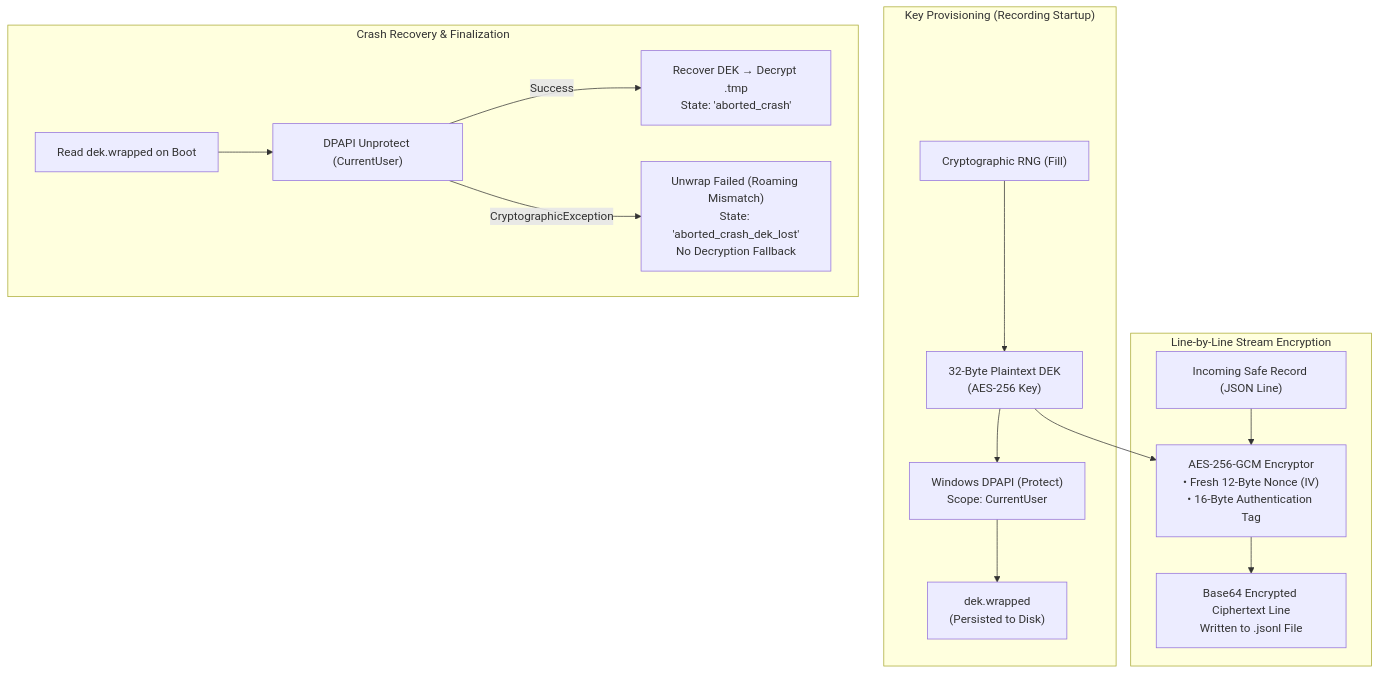
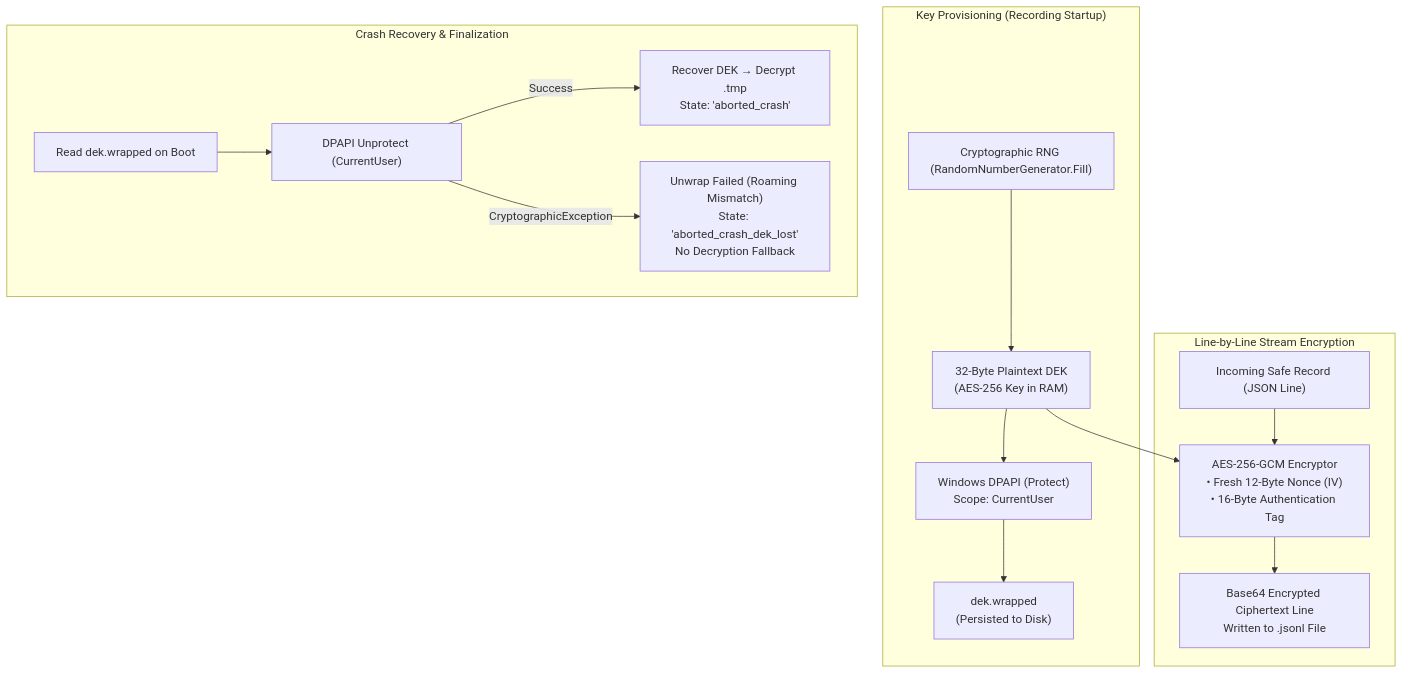
The diagram in docs/core-features/session-recording/encryption-and-redaction/README.md (joelaniol/nova), drawn with Mermaid before and after one commit. The commit also changed other lines of this file and 128 other files, not shown here.

````diff
--- a/docs/core-features/session-recording/encryption-and-redaction/README.md
+++ b/docs/core-features/session-recording/encryption-and-redaction/README.md
@@ -13,21 +36,21 @@
 ```mermaid
 flowchart TD
     subgraph KeyGeneration ["Key Provisioning (Recording Startup)"]
-        RNG["Cryptographic RNG (Fill)"] --> DEK["32-Byte Plaintext DEK<br/>(AES-256 Key)"]
+        RNG["Cryptographic RNG (RandomNumberGenerator.Fill)"] --> DEK["32-Byte Plaintext DEK<br/>(AES-256 Key in RAM)"]
         DEK --> DPAPI["Windows DPAPI (Protect)<br/>Scope: CurrentUser"]
         DPAPI --> WrappedBlob["dek.wrapped<br/>(Persisted to Disk)"]
     end
 
     subgraph StreamEncryption ["Line-by-Line Stream Encryption"]
         Record["Incoming Safe Record (JSON Line)"]
         Record --> LineEnc["AES-256-GCM Encryptor<br/>• Fresh 12-Byte Nonce (IV)<br/>• 16-Byte Authentication Tag"]
         DEK --> LineEnc
         LineEnc --> CipherLine["Base64 Encrypted Ciphertext Line<br/>Written to .jsonl File"]
     end
 
     subgraph CrashRecovery ["Crash Recovery & Finalization"]
         ReadWrapped["Read dek.wrapped on Boot"] --> TryUnwrap["DPAPI Unprotect (CurrentUser)"]
         TryUnwrap -->|"Success"| RecoverDEK["Recover DEK → Decrypt .tmp<br/>State: 'aborted_crash'"]
         TryUnwrap -->|"CryptographicException"| FailDEK["Unwrap Failed (Roaming Mismatch)<br/>State: 'aborted_crash_dek_lost'<br/>No Decryption Fallback"]
     end
 ```
````
